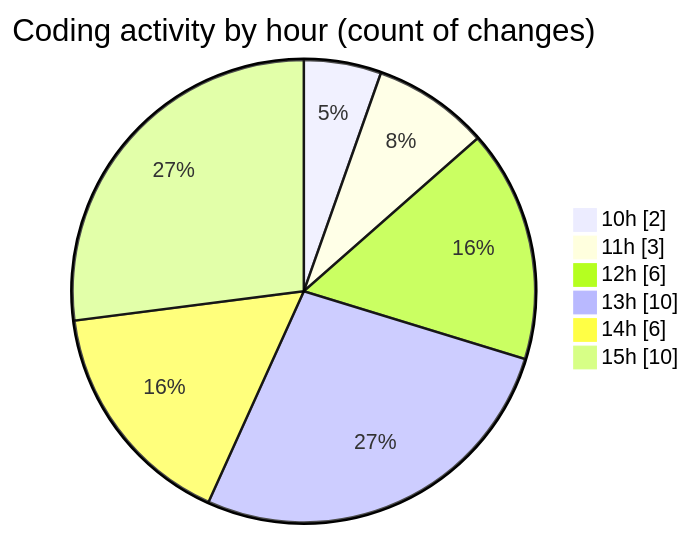
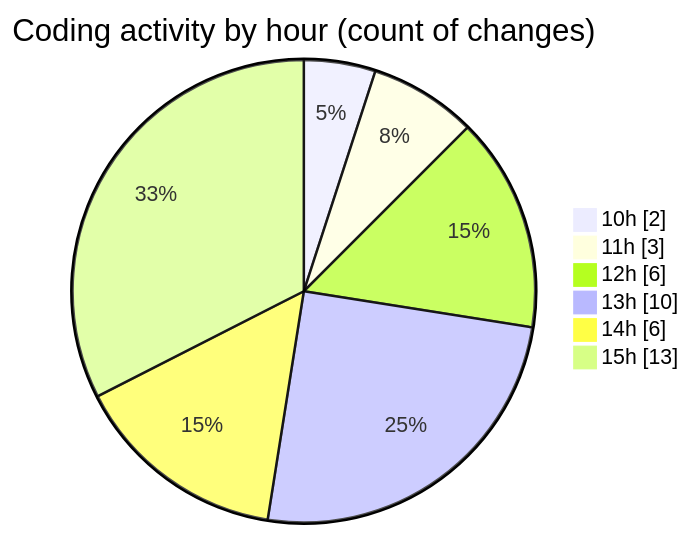
One commit to momahboobian/code-tracking changed the second of 2 diagrams in 2026-11-11/cda/README.md. Above: the diagram before and after it, drawn with Mermaid. The commit also changed other lines of this file and 1 other file, not shown here.

````diff
--- a/2026-11-11/cda/README.md
+++ b/2026-11-11/cda/README.md
@@ -36,10 +36,10 @@
 ```mermaid
 pie showData
 title Coding activity by hour (count of changes)
 "10h" : 2
 "11h" : 3
 "12h" : 6
 "13h" : 10
 "14h" : 6
-"15h" : 10
+"15h" : 13
 ```
````
